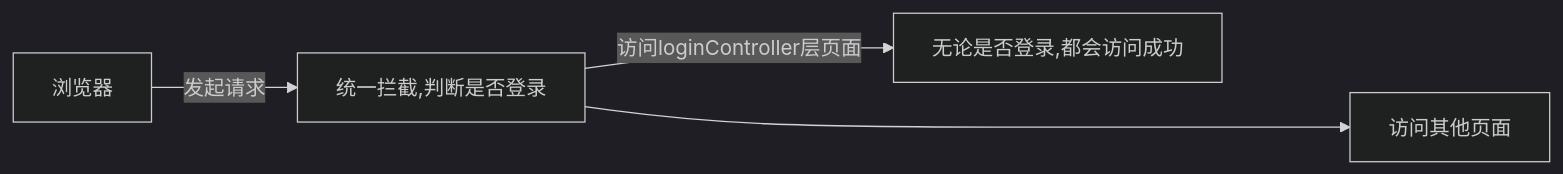
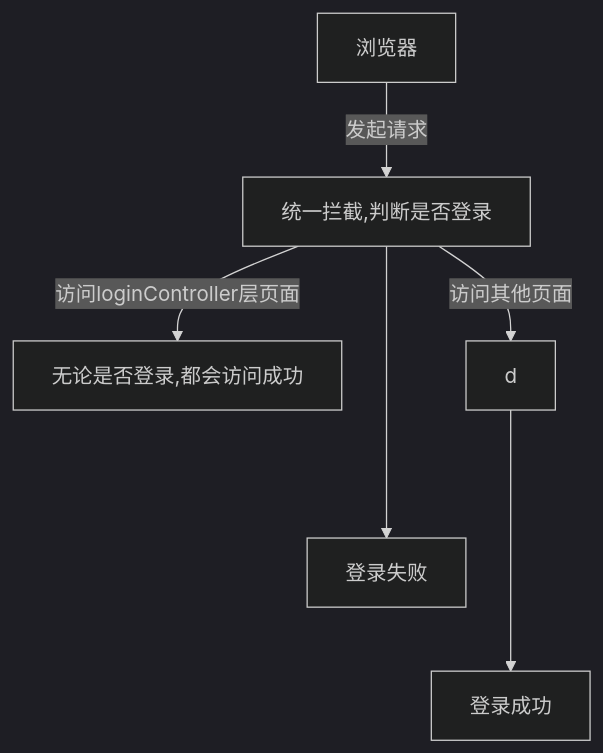
Before and after one commit to poppop9/obsidian: the diagram in 计算机/JavaWeb/后端/SpringBoot/4 登录认证.md, drawn with Mermaid (dark theme). The commit also changed 1 other file, not shown here.

Commit message:
vault backup: 2023-11-30 18:45:52

````diff
--- a/计算机/JavaWeb/后端/SpringBoot/4 登录认证.md
+++ b/计算机/JavaWeb/后端/SpringBoot/4 登录认证.md
@@ -7,12 +7,13 @@
 ```mermaid
-graph LR
+graph TB
 	a[浏览器]--发起请求-->b[统一拦截,判断是否登录]
 	b--访问loginController层页面-->c[无论是否登录,都会访问成功]
 	
-
-	b---->d[访问其他页面]
+	b--访问其他页面-->d
+	d---->f[登录成功]
+	b---->e[登录失败]
 
 	
 
 
 ```
````
